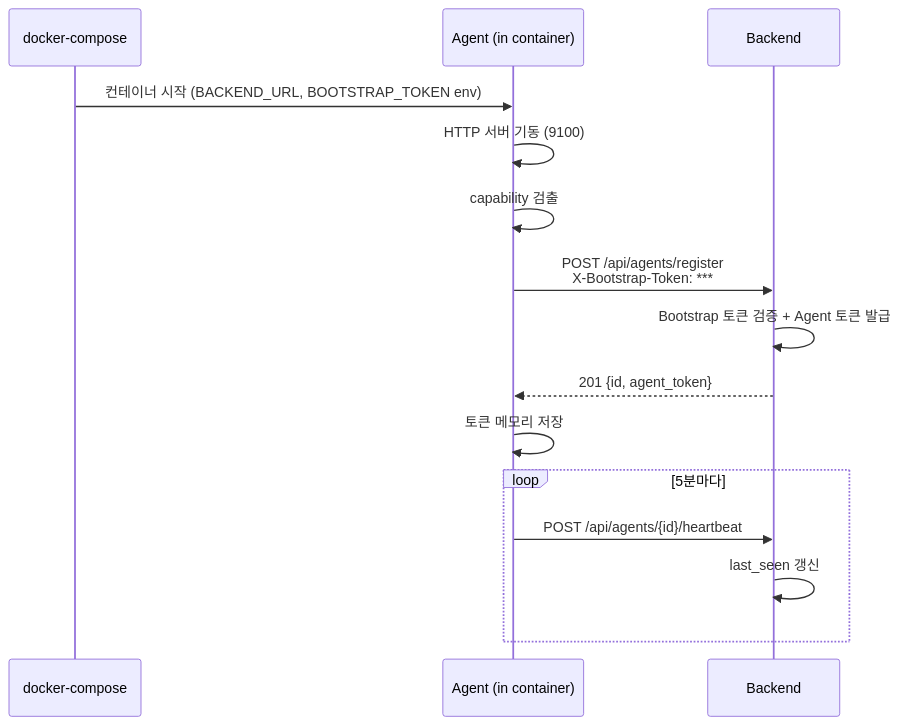
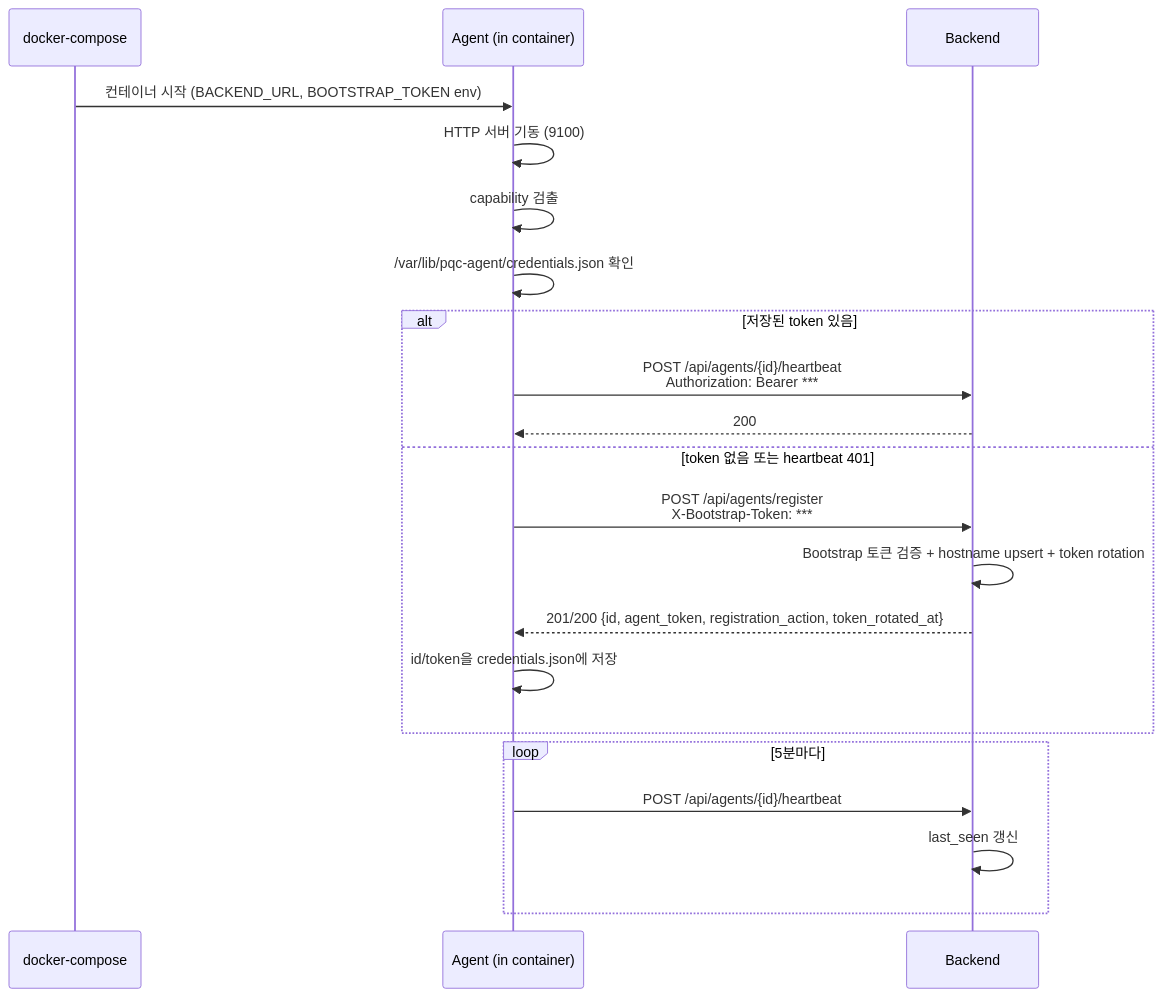
Diagram 11 of 11 in docs/10-ux-flows.md (ehdgks0627/crypto-scanner), drawn with Mermaid before and after one commit. The commit also changed other lines of this file and 41 other files, not shown here.

````diff
--- a/docs/10-ux-flows.md
+++ b/docs/10-ux-flows.md
@@ -476,18 +479,24 @@
 ```mermaid
 sequenceDiagram
     participant Compose as docker-compose
     participant A as Agent (in container)
     participant B as Backend
 
     Compose->>A: 컨테이너 시작 (BACKEND_URL, BOOTSTRAP_TOKEN env)
     A->>A: HTTP 서버 기동 (9100)
     A->>A: capability 검출
+    A->>A: /var/lib/pqc-agent/credentials.json 확인
+    alt 저장된 token 있음
+        A->>B: POST /api/agents/{id}/heartbeat<br/>Authorization: Bearer ***
+        B-->>A: 200
+    else token 없음 또는 heartbeat 401
     A->>B: POST /api/agents/register<br/>X-Bootstrap-Token: ***
-    B->>B: Bootstrap 토큰 검증 + Agent 토큰 발급
-    B-->>A: 201 {id, agent_token}
-    A->>A: 토큰 메모리 저장
+        B->>B: Bootstrap 토큰 검증 + hostname upsert + token rotation
+        B-->>A: 201/200 {id, agent_token, registration_action, token_rotated_at}
+        A->>A: id/token을 credentials.json에 저장
+    end
     loop 5분마다
         A->>B: POST /api/agents/{id}/heartbeat
         B->>B: last_seen 갱신
     end
 ```
````
